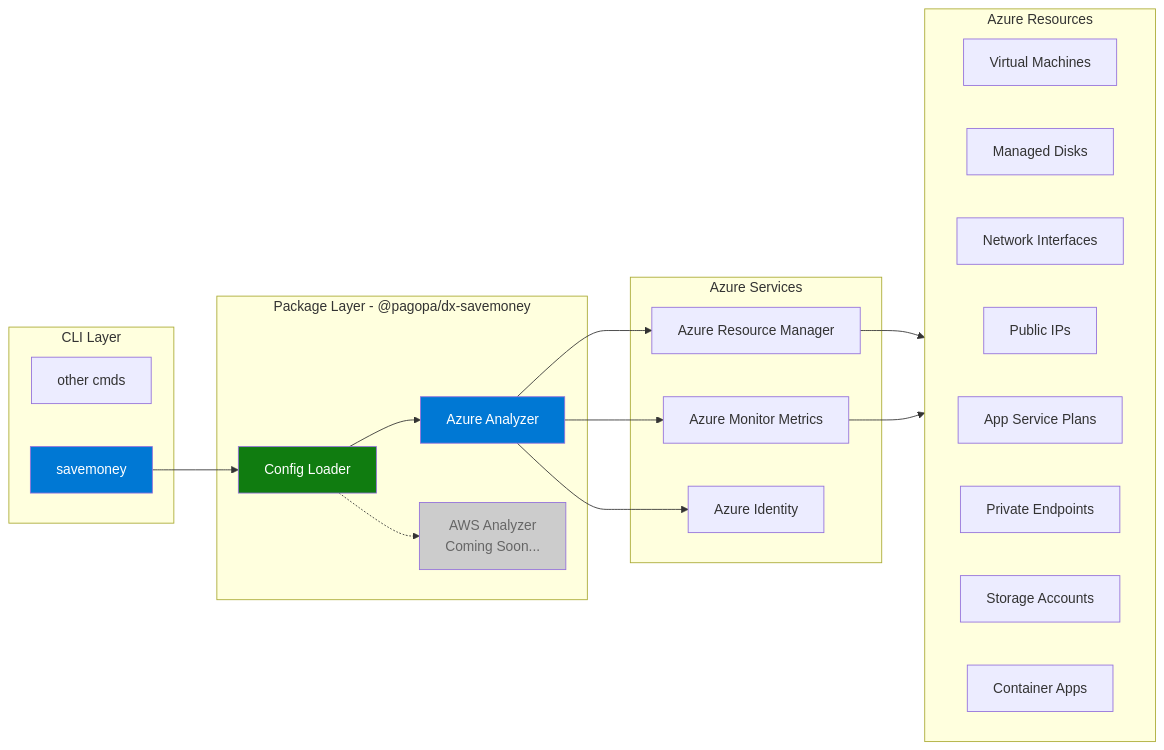
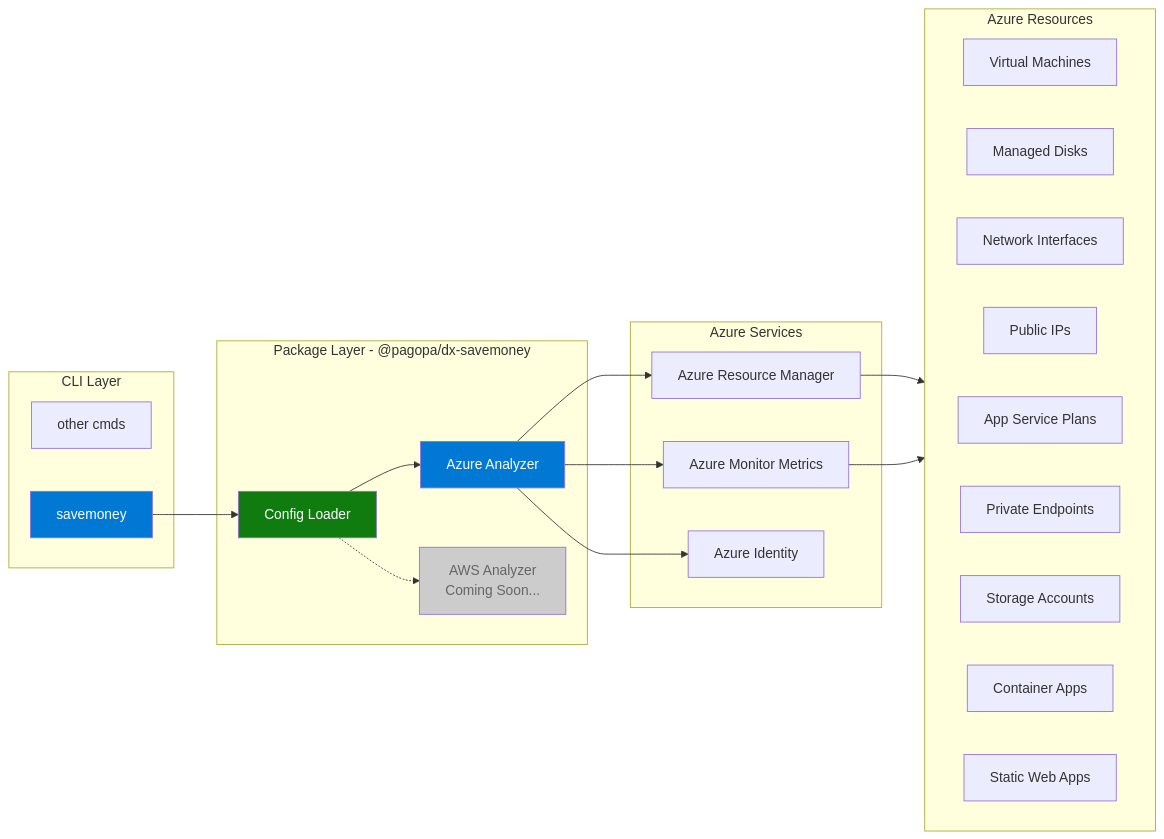
The diagram in packages/savemoney/README.md (pagopa/dx), drawn with Mermaid before and after one commit. The commit also changed other lines of this file and 7 other files, not shown here.

````diff
--- a/packages/savemoney/README.md
+++ b/packages/savemoney/README.md
@@ -20,40 +20,41 @@
 ```mermaid
 flowchart LR
     subgraph cli["CLI Layer"]
         CMDs[other cmds]
         CLI[savemoney]
     end
     subgraph pkg["Package Layer - @pagopa/dx-savemoney"]
         Config[Config Loader]
         Azure[Azure Analyzer]
         AWS[AWS Analyzer<br/>Coming Soon...]
     end
     subgraph svc["Azure Services"]
         ARM[Azure Resource Manager]
         Monitor[Azure Monitor Metrics]
         Identity[Azure Identity]
     end
     subgraph rsc["Azure Resources"]
         direction LR
         VM[Virtual Machines]
         Disk[Managed Disks]
         NIC[Network Interfaces]
         IP[Public IPs]
         ASP[App Service Plans]
         PE[Private Endpoints]
         SA[Storage Accounts]
         CA[Container Apps]
+        SS[Static Web Apps]
     end
     CLI --> Config
     Config --> Azure
     Config -.-> AWS
     Azure --> ARM
     Azure --> Monitor
     Azure --> Identity
     ARM --> rsc
     Monitor --> rsc
     style CLI fill:#0078d4,color:#fff
     style Azure fill:#0078d4,color:#fff
     style AWS fill:#ccc,color:#666
     style Config fill:#107c10,color:#fff
 ```
````
